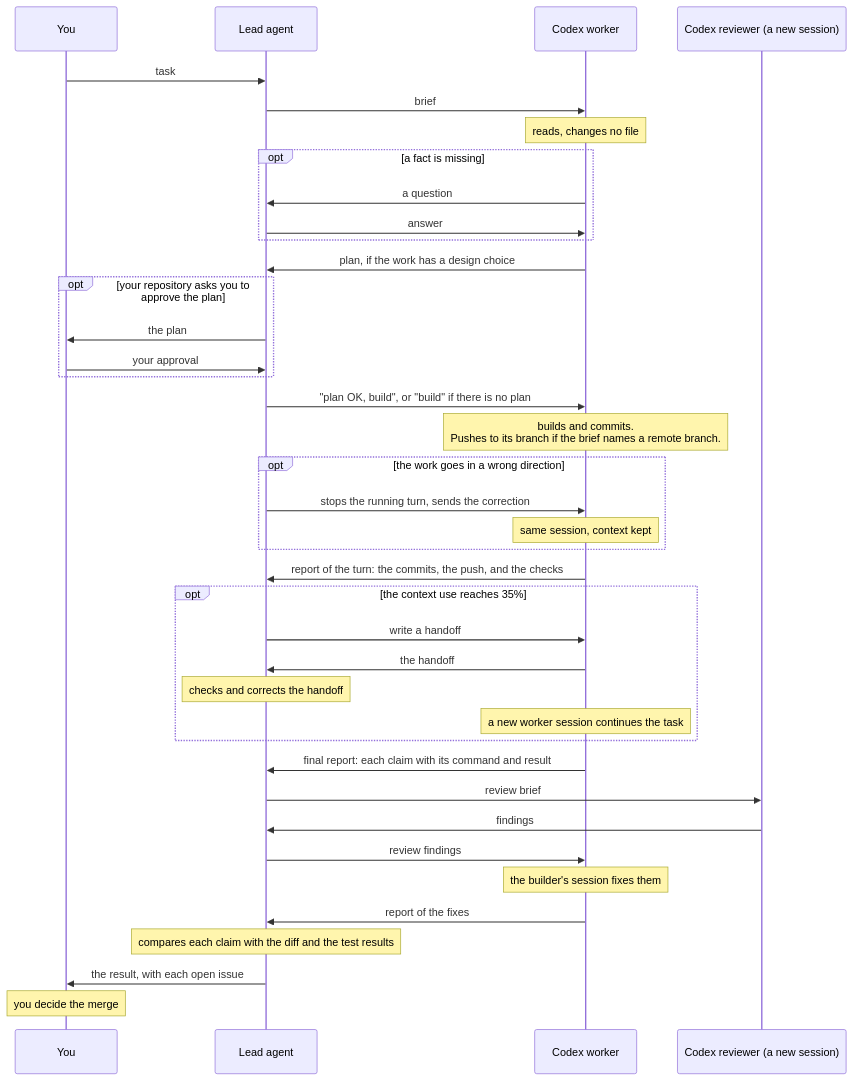
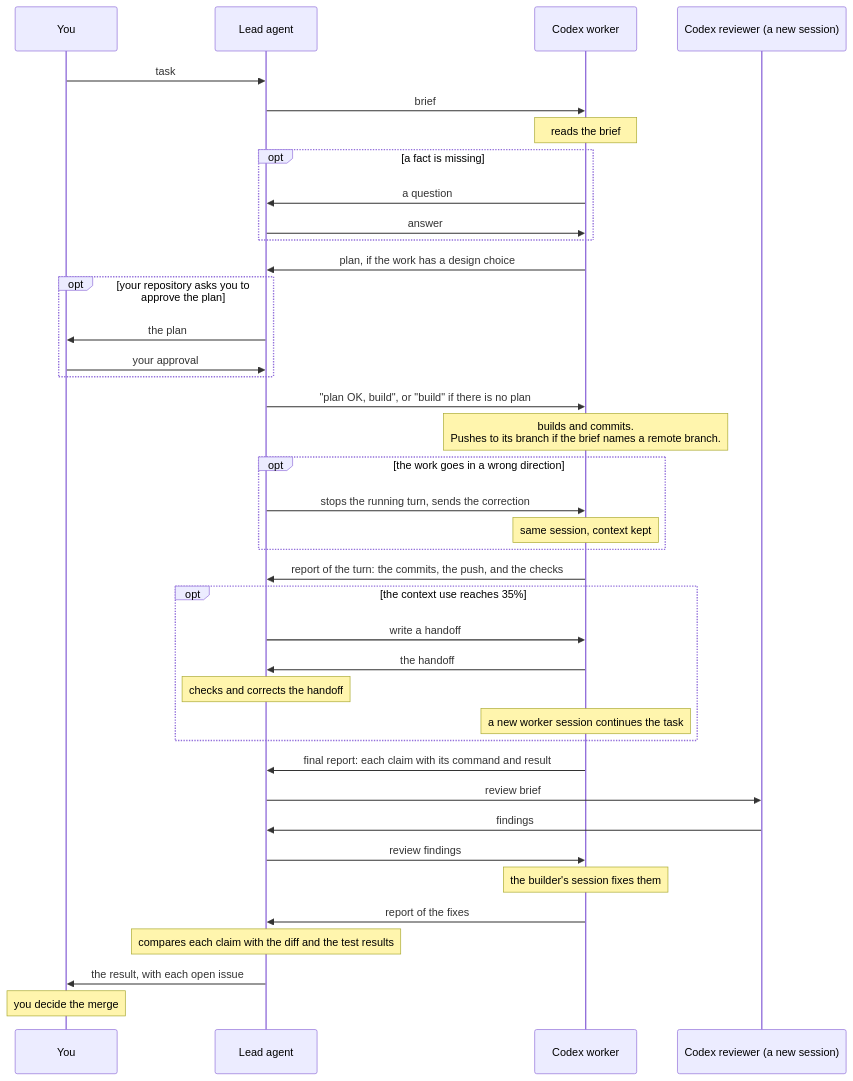
The second of 2 diagrams in .agents/skills/codex-workers/GUIDE.md (binhle312/cty1ng), drawn with Mermaid before and after one commit. The commit also changed other lines of this file, not shown here.

First line of the commit message:
Keep the first note of the turn diagram true when no plan comes first

````diff
--- a/.agents/skills/codex-workers/GUIDE.md
+++ b/.agents/skills/codex-workers/GUIDE.md
@@ -40,42 +40,42 @@
 ```mermaid
 sequenceDiagram
   participant Y as You
   participant L as Lead agent
   participant W as Codex worker
   participant R as Codex reviewer (a new session)
 
   Y->>L: task
   L->>W: brief
-  Note over W: reads, changes no file
+  Note over W: reads the brief
   opt a fact is missing
     W->>L: a question
     L->>W: answer
   end
   W->>L: plan, if the work has a design choice
   opt your repository asks you to approve the plan
     L->>Y: the plan
     Y->>L: your approval
   end
   L->>W: "plan OK, build", or "build" if there is no plan
   Note over W: builds and commits.<br/>Pushes to its branch if the brief names a remote branch.
   opt the work goes in a wrong direction
     L->>W: stops the running turn, sends the correction
     Note over W: same session, context kept
   end
   W->>L: report of the turn: the commits, the push, and the checks
   opt the context use reaches 35%
     L->>W: write a handoff
     W->>L: the handoff
     Note over L: checks and corrects the handoff
     Note over W: a new worker session continues the task
   end
   W->>L: final report: each claim with its command and result
   L->>R: review brief
   R->>L: findings
   L->>W: review findings
   Note over W: the builder's session fixes them
   W->>L: report of the fixes
   Note over L: compares each claim with the diff and the test results
   L->>Y: the result, with each open issue
   Note over Y: you decide the merge
 ```
````
